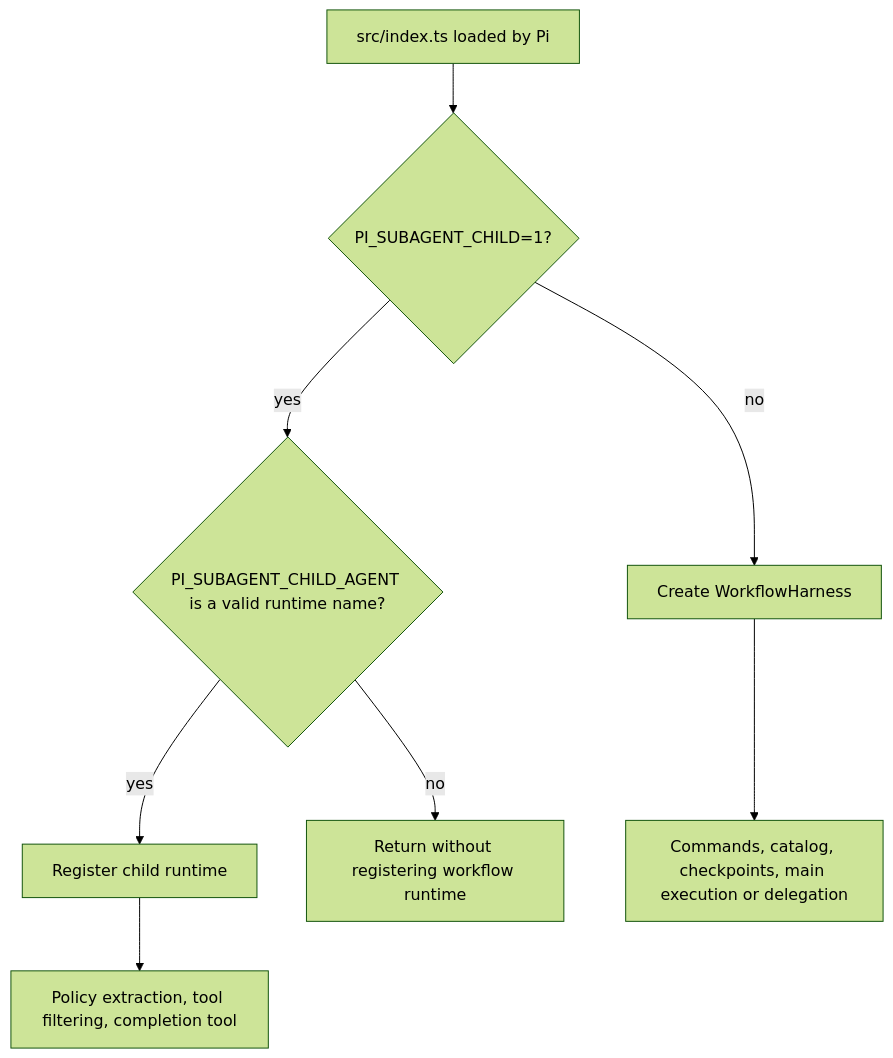
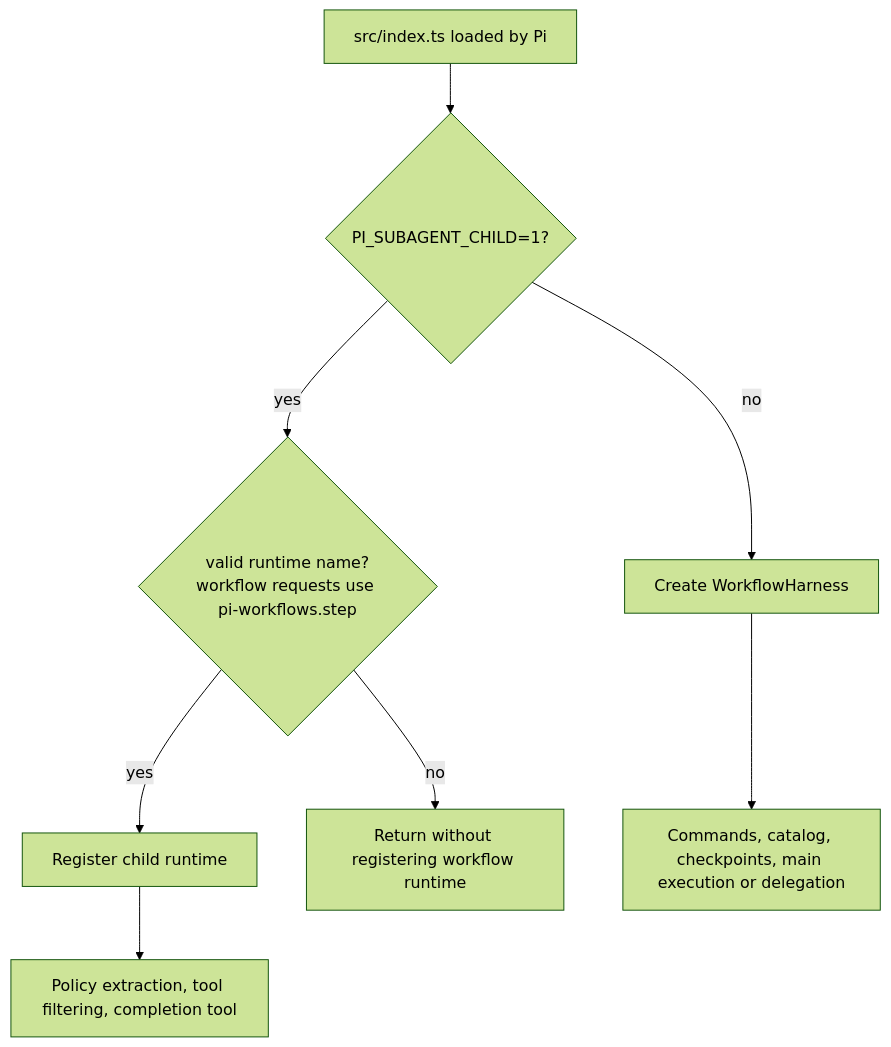
The second of 5 diagrams in openwiki/architecture/overview.md (wichayutdew/pi-workflows), drawn with Mermaid (forest theme) before and after one commit. The commit also changed 32 other files, not shown here.

````diff
--- a/openwiki/architecture/overview.md
+++ b/openwiki/architecture/overview.md
@@ -41,12 +41,12 @@
 ```mermaid
 flowchart TD
   Start[src/index.ts loaded by Pi]
   Start --> ChildEnv{PI_SUBAGENT_CHILD=1?}
   ChildEnv -- no --> Parent[Create WorkflowHarness]
-  ChildEnv -- yes --> NameOk{PI_SUBAGENT_CHILD_AGENT is a valid runtime name?}
+  ChildEnv -- yes --> NameOk{valid runtime name?<br/>workflow requests use pi-workflows.step}
   NameOk -- yes --> Child[Register child runtime]
   NameOk -- no --> Noop[Return without registering workflow runtime]
 
   Parent --> ParentWork[Commands, catalog, checkpoints, main execution or delegation]
   Child --> ChildWork[Policy extraction, tool filtering, completion tool]
 ```
````
